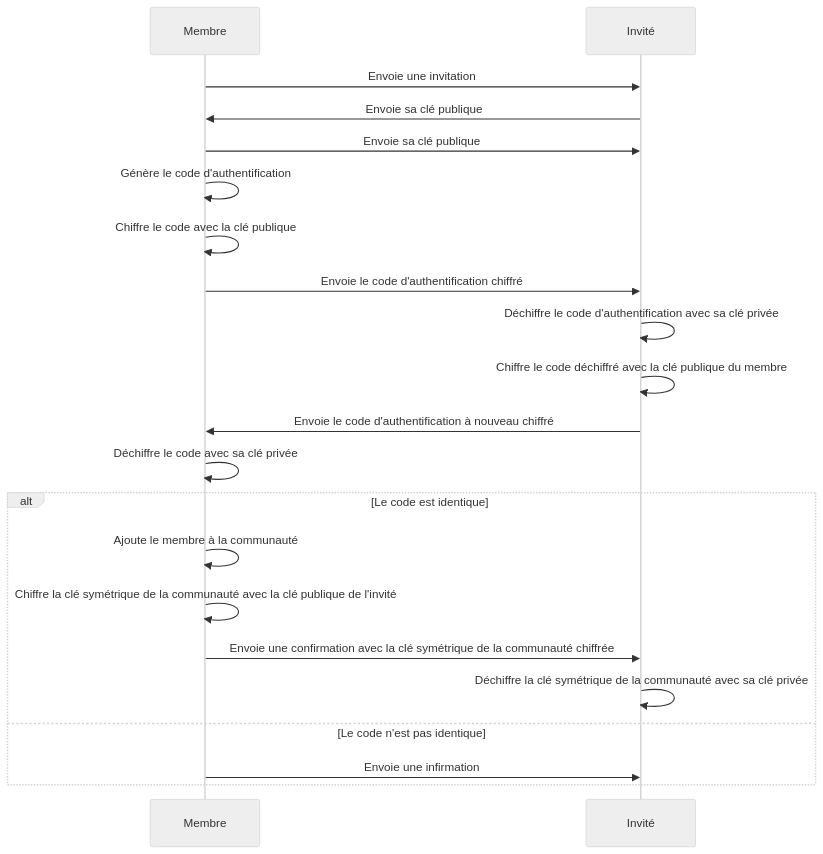
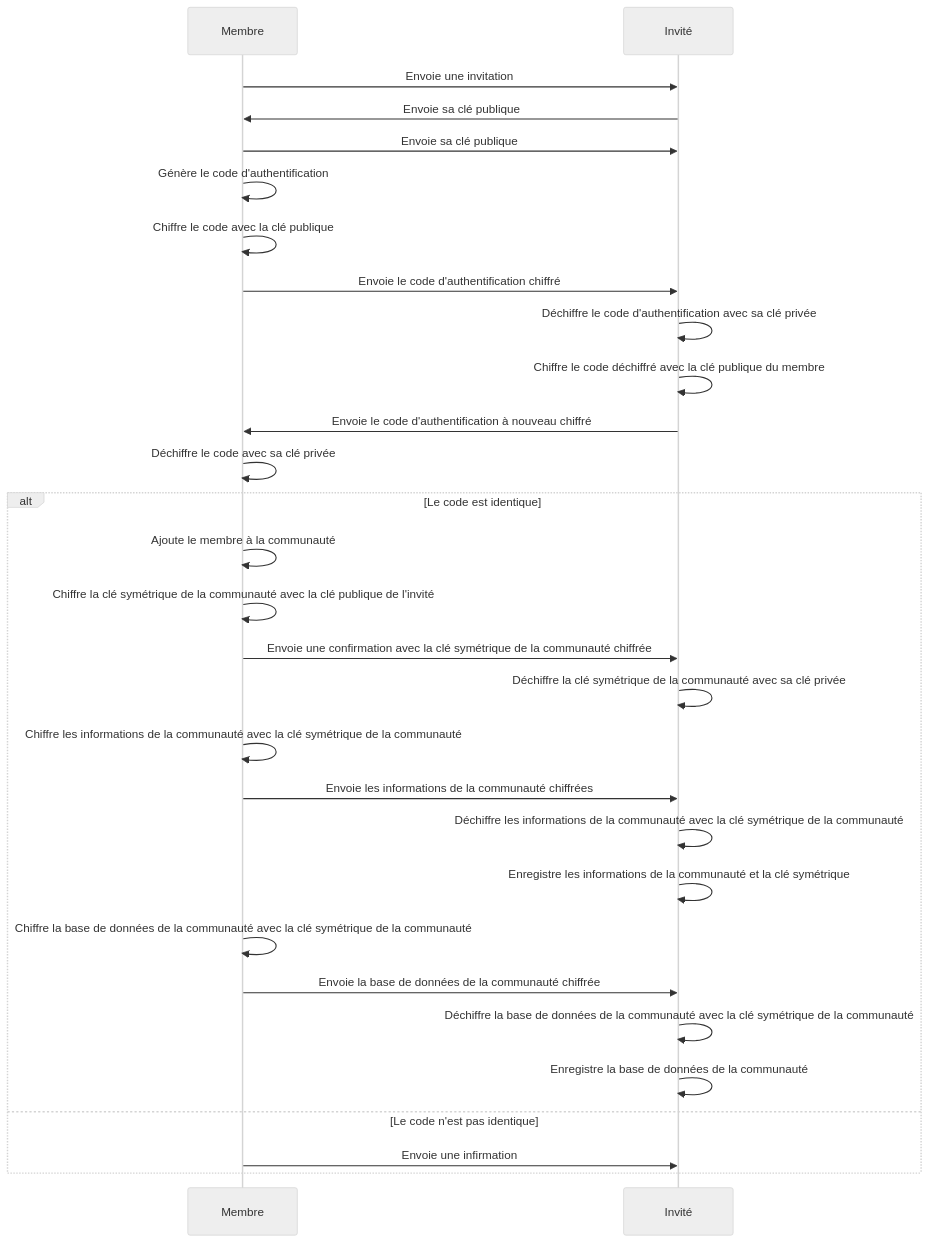
One commit to HunteRoi/node changed the diagram in docs/development/add_member_usecase_sequence.mermaid. Above: the diagram before and after it, drawn with Mermaid (neutral theme). The commit also changed 9 other files, not shown here.

Commit message:
Recevoir et enregistrer la clé symétrique et les informations de la communauté

```diff
--- a/docs/development/add_member_usecase_sequence.mermaid
+++ b/docs/development/add_member_usecase_sequence.mermaid
@@ -1,22 +1,30 @@
 sequenceDiagram
     participant m as Membre
     participant i as Invité
 
     m ->> i: Envoie une invitation
     i ->> m: Envoie sa clé publique
     m ->> i: Envoie sa clé publique
     m ->> m: Génère le code d'authentification
     m ->> m: Chiffre le code avec la clé publique
     m ->> i: Envoie le code d'authentification chiffré
     i ->> i: Déchiffre le code d'authentification avec sa clé privée
     i ->> i: Chiffre le code déchiffré avec la clé publique du membre
     i ->> m: Envoie le code d'authentification à nouveau chiffré
     m ->> m: Déchiffre le code avec sa clé privée
     alt Le code est identique
         m ->> m: Ajoute le membre à la communauté
         m ->> m: Chiffre la clé symétrique de la communauté avec la clé publique de l'invité
         m ->> i: Envoie une confirmation avec la clé symétrique de la communauté chiffrée
         i ->> i: Déchiffre la clé symétrique de la communauté avec sa clé privée
+        m ->> m: Chiffre les informations de la communauté avec la clé symétrique de la communauté
+        m ->> i: Envoie les informations de la communauté chiffrées
+        i ->> i: Déchiffre les informations de la communauté avec la clé symétrique de la communauté
+        i ->> i: Enregistre les informations de la communauté et la clé symétrique
+        m ->> m: Chiffre la base de données de la communauté avec la clé symétrique de la communauté
+        m ->> i: Envoie la base de données de la communauté chiffrée
+        i ->> i: Déchiffre la base de données de la communauté avec la clé symétrique de la communauté
+        i ->> i: Enregistre la base de données de la communauté
     else Le code n'est pas identique
         m ->> i: Envoie une infirmation
     end
```
